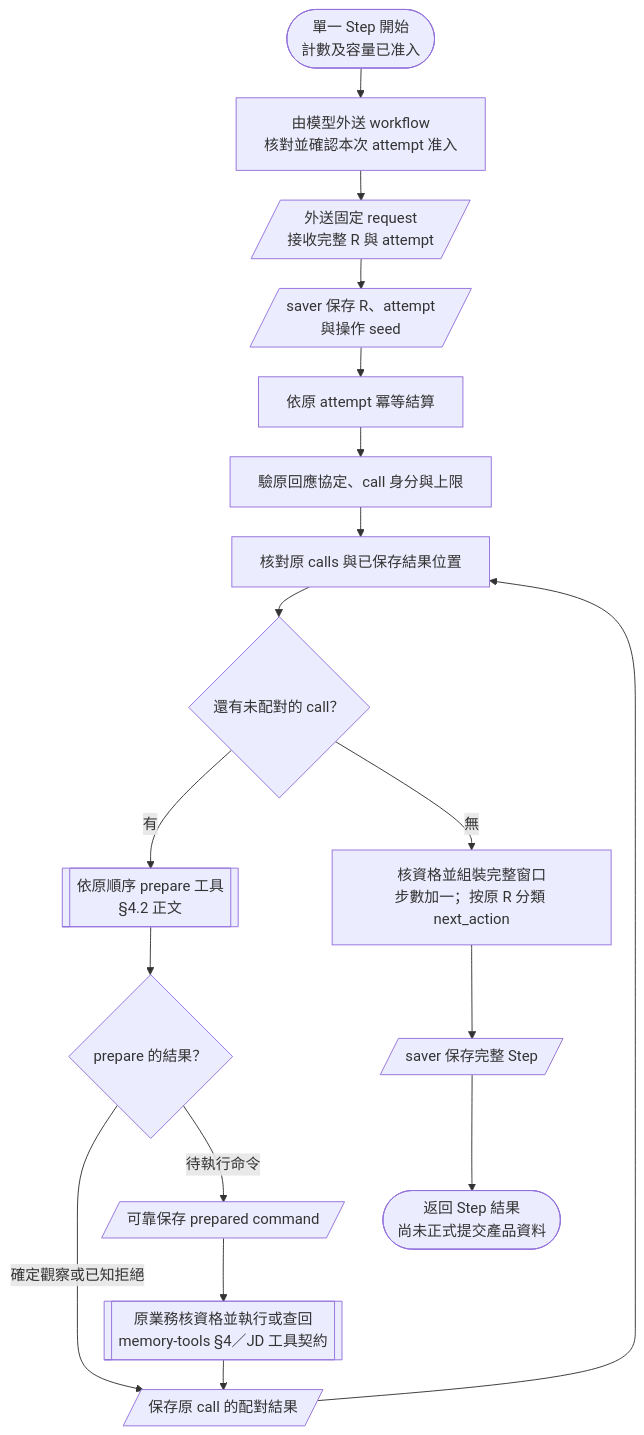
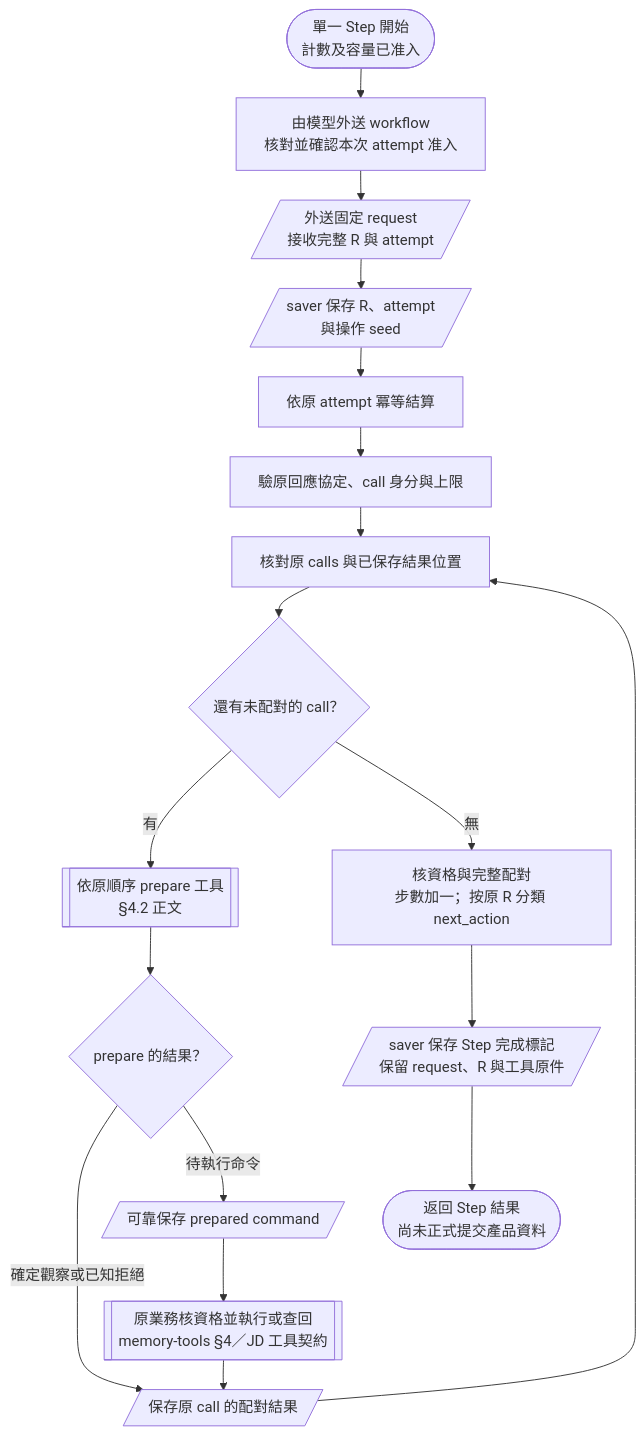
One commit to JD-Consultant/Caliburn changed the diagram in docs/diagrams/implementation/agent-execution/model-tool-step.mmd. Above: the diagram before and after it, drawn with Mermaid. The commit also changed 920 other files, not shown here.

```diff
--- a/docs/diagrams/implementation/agent-execution/model-tool-step.mmd
+++ b/docs/diagrams/implementation/agent-execution/model-tool-step.mmd
@@ -1,21 +1,21 @@
 %% title: 現行流程：單一模型與工具 Step
 %% legend: 膠囊：本圖起訖；矩形：處理；菱形：判斷；平行四邊形：資料交接；雙側線：子流程。
 %%{init: {"flowchart": {"wrappingWidth": 240, "nodeSpacing": 32, "rankSpacing": 32}}}%%
 flowchart TD
   S([單一 Step 開始<br/>計數及容量已准入]) --> ADMIT[由模型外送 workflow<br/>核對並確認本次 attempt 准入]
   ADMIT --> M[/外送固定 request<br/>接收完整 R 與 attempt/]
   M --> SAVE[/saver 保存 R、attempt<br/>與操作 seed/]
   SAVE --> BILL[依原 attempt 冪等結算]
   BILL --> VALID[驗原回應協定、call 身分與上限]
   VALID --> POSITION[核對原 calls 與已保存結果位置]
   POSITION --> MORE{還有未配對的 call？}
   MORE -->|有| PREP[[依原順序 prepare 工具<br/>§4.2 正文]]
   PREP --> KIND{prepare 的結果？}
   KIND -->|確定觀察或已知拒絕| RESULT[/保存原 call 的配對結果/]
   KIND -->|待執行命令| CMD[/可靠保存 prepared command/]
   CMD --> EXEC[[原業務核資格並執行或查回<br/>memory-tools §4／JD 工具契約]]
   EXEC --> RESULT
   RESULT --> POSITION
-  MORE -->|無| BUILD[核資格並組裝完整窗口<br/>步數加一；按原 R 分類 next_action]
-  BUILD --> STEP[/saver 保存完整 Step/]
+  MORE -->|無| BUILD[核資格與完整配對<br/>步數加一；按原 R 分類 next_action]
+  BUILD --> STEP[/saver 保存 Step 完成標記<br/>保留 request、R 與工具原件/]
   STEP --> END([返回 Step 結果<br/>尚未正式提交產品資料])
```
